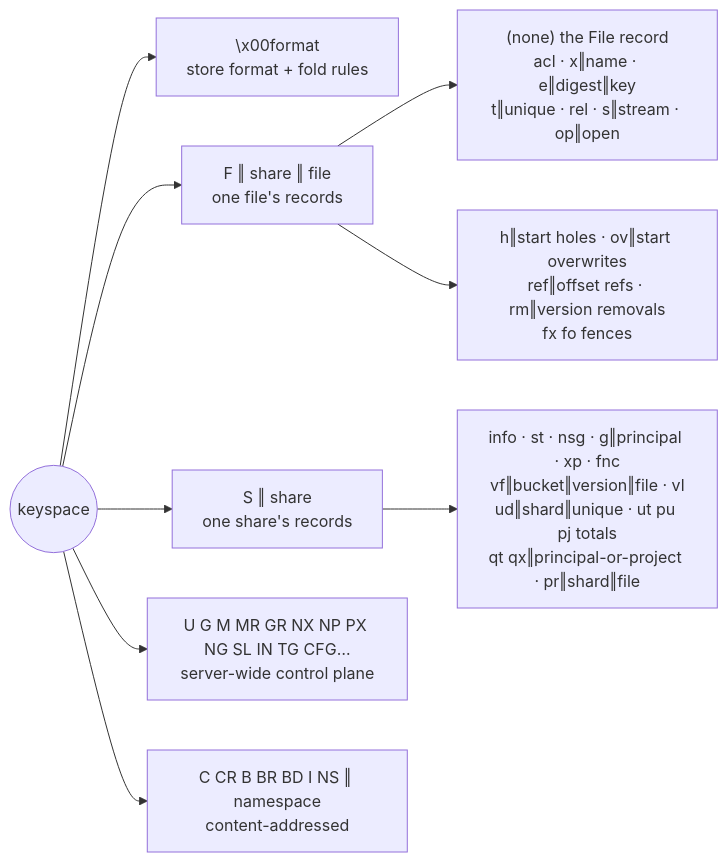
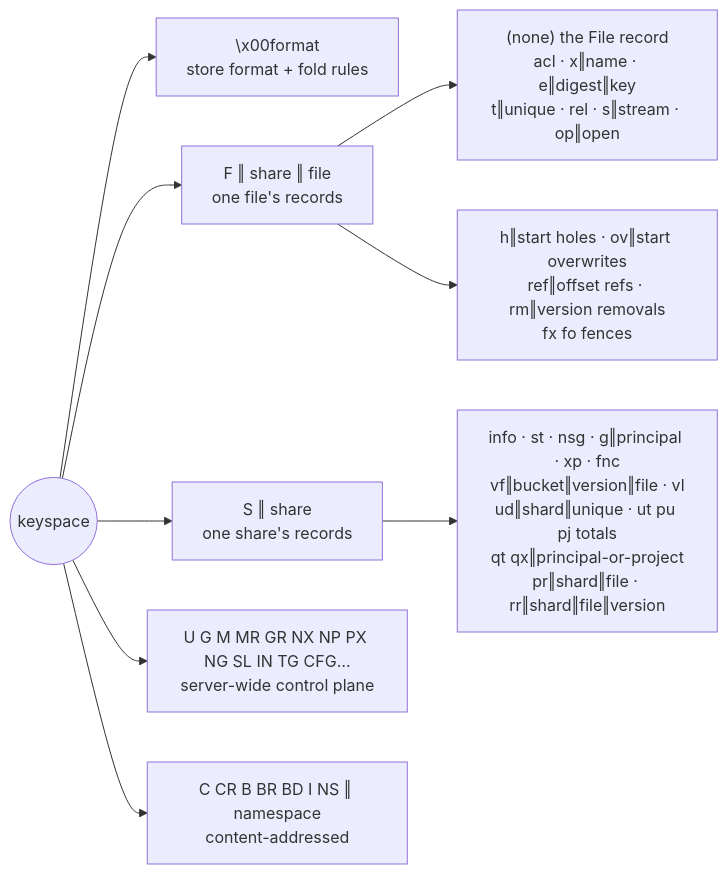
The third of 12 diagrams in docs/internals/kv-layer-guide.md (marmos91/dittofs), drawn with Mermaid before and after one commit. The commit also changed other lines of this file, not shown here.

Commit message:
docs(metadata): the guide covers removal charges and the shard indexes

````diff
--- a/docs/internals/kv-layer-guide.md
+++ b/docs/internals/kv-layer-guide.md
@@ -110,11 +110,11 @@
 ```mermaid
 flowchart LR
   root(("keyspace")) --> fmt["\x00format<br/>store format + fold rules"]
   root --> F["F ‖ share ‖ file<br/>one file's records"]
   root --> S["S ‖ share<br/>one share's records"]
   root --> SV["U G M MR GR NX NP PX NG SL IN TG CFG…<br/>server-wide control plane"]
   root --> NSP["C CR B BR BD I NS ‖ namespace<br/>content-addressed"]
   F --> F1["(none) the File record<br/>acl · x‖name · e‖digest‖key<br/>t‖unique · rel · s‖stream · op‖open"]
   F --> F2["h‖start holes · ov‖start overwrites<br/>ref‖offset refs · rm‖version removals<br/>fx fo fences"]
-  S --> S1["info · st · nsg · g‖principal · xp · fnc<br/>vf‖bucket‖version‖file · vl<br/>ud‖shard‖unique · ut pu pj totals<br/>qt qx‖principal-or-project · pr‖shard‖file"]
+  S --> S1["info · st · nsg · g‖principal · xp · fnc<br/>vf‖bucket‖version‖file · vl<br/>ud‖shard‖unique · ut pu pj totals<br/>qt qx‖principal-or-project<br/>pr‖shard‖file · rr‖shard‖file‖version"]
 ```
````
